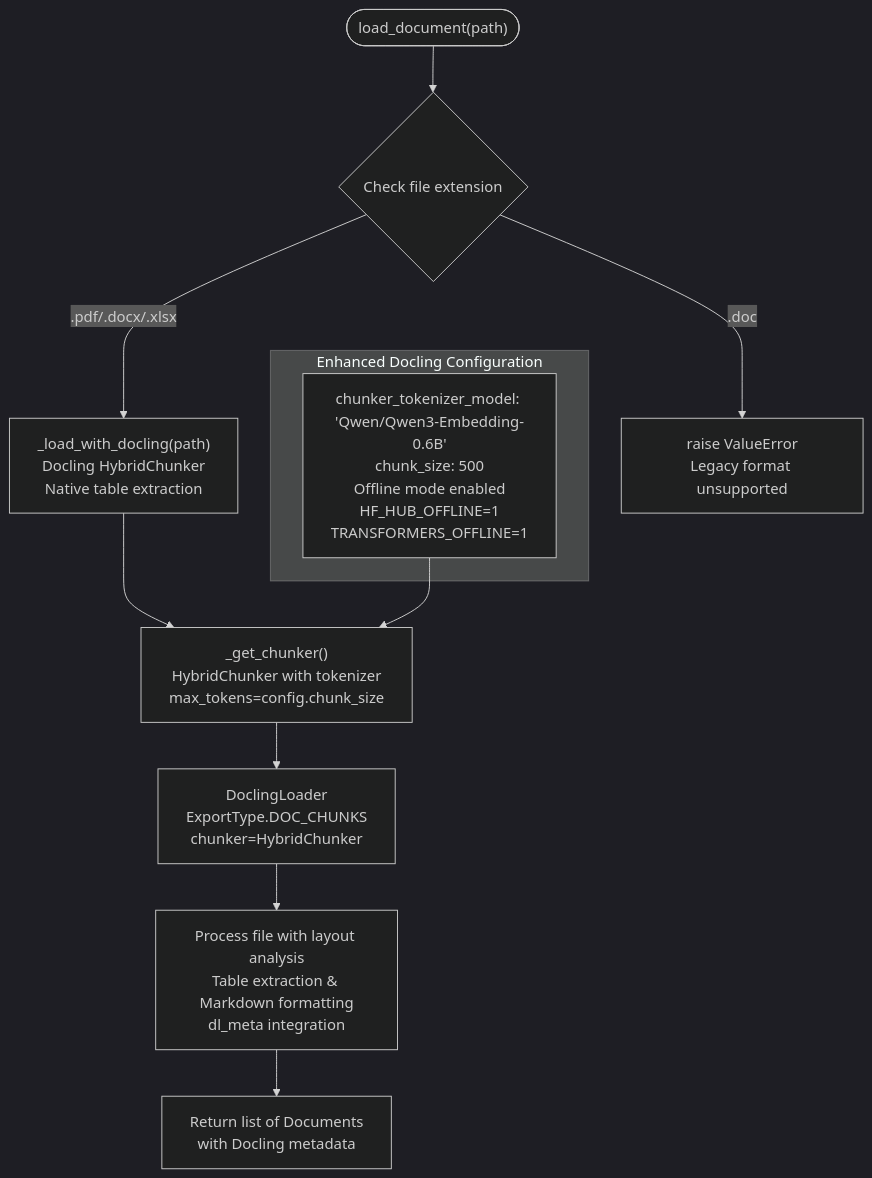
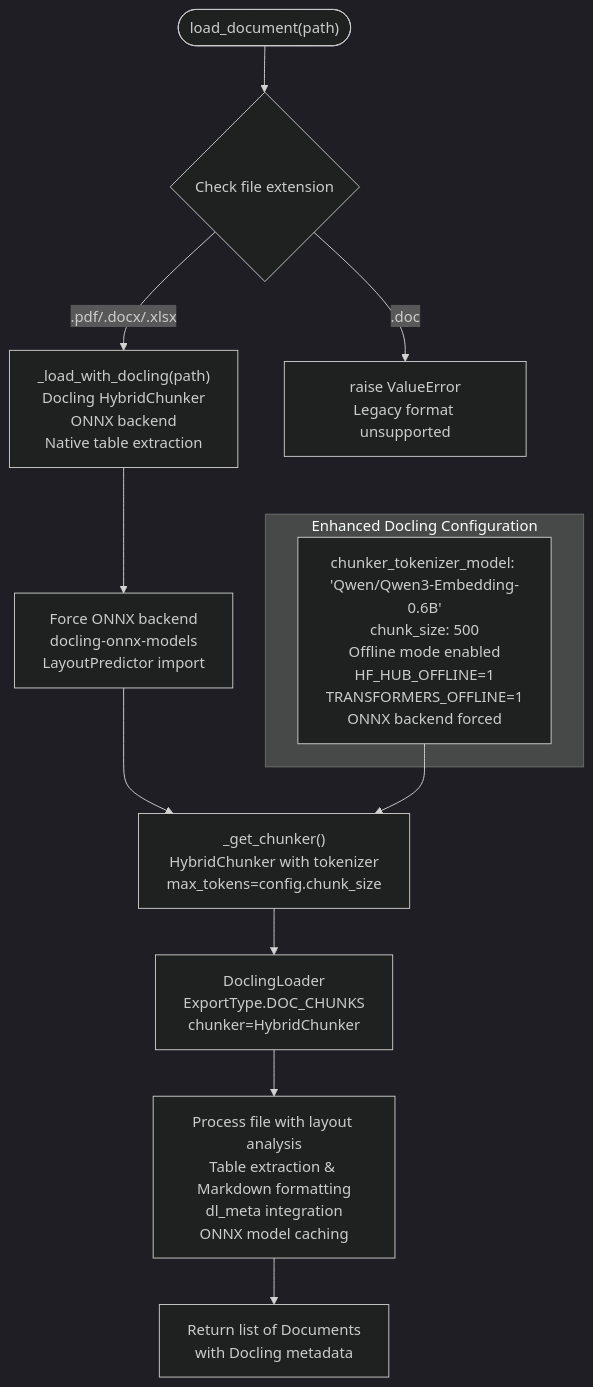
One commit to ognelis/cafetera_hr_bot changed the third of 11 diagrams in .qoder/repowiki/en/content/RAG Integration/RAG Parser Enhancement.md. Above: the diagram before and after it, drawn with Mermaid (dark theme). The commit also changed other lines of this file and 14 other files, not shown here.

````diff
--- a/.qoder/repowiki/en/content/RAG Integration/RAG Parser Enhancement.md
+++ b/.qoder/repowiki/en/content/RAG Integration/RAG Parser Enhancement.md
@@ -217,14 +206,15 @@
 ```mermaid
 flowchart TD
 Start(["load_document(path)"]) --> CheckExt{"Check file extension"}
-CheckExt --> |".pdf/.docx/.xlsx"| LoadDocling["_load_with_docling(path)<br/>Docling HybridChunker<br/>Native table extraction"]
+CheckExt --> |".pdf/.docx/.xlsx"| LoadDocling["_load_with_docling(path)<br/>Docling HybridChunker<br/>ONNX backend<br/>Native table extraction"]
 CheckExt --> |".doc"| LoadDoc["raise ValueError<br/>Legacy format unsupported"]
-LoadDocling --> GetChunker["_get_chunker()<br/>HybridChunker with tokenizer<br/>max_tokens=config.chunk_size"]
+LoadDocling --> ForceONNX["Force ONNX backend<br/>docling-onnx-models<br/>LayoutPredictor import"]
+ForceONNX --> GetChunker["_get_chunker()<br/>HybridChunker with tokenizer<br/>max_tokens=config.chunk_size"]
 GetChunker --> CreateLoader["DoclingLoader<br/>ExportType.DOC_CHUNKS<br/>chunker=HybridChunker"]
-CreateLoader --> ProcessFile["Process file with layout analysis<br/>Table extraction & Markdown formatting<br/>dl_meta integration"]
+CreateLoader --> ProcessFile["Process file with layout analysis<br/>Table extraction & Markdown formatting<br/>dl_meta integration<br/>ONNX model caching"]
 ProcessFile --> Return["Return list of Documents<br/>with Docling metadata"]
 subgraph "Enhanced Docling Configuration"
-Config["chunker_tokenizer_model: 'Qwen/Qwen3-Embedding-0.6B'<br/>chunk_size: 500<br/>Offline mode enabled<br/>HF_HUB_OFFLINE=1<br/>TRANSFORMERS_OFFLINE=1"]
+Config["chunker_tokenizer_model: 'Qwen/Qwen3-Embedding-0.6B'<br/>chunk_size: 500<br/>Offline mode enabled<br/>HF_HUB_OFFLINE=1<br/>TRANSFORMERS_OFFLINE=1<br/>ONNX backend forced"]
 end
 Config --> GetChunker
 ```
````
